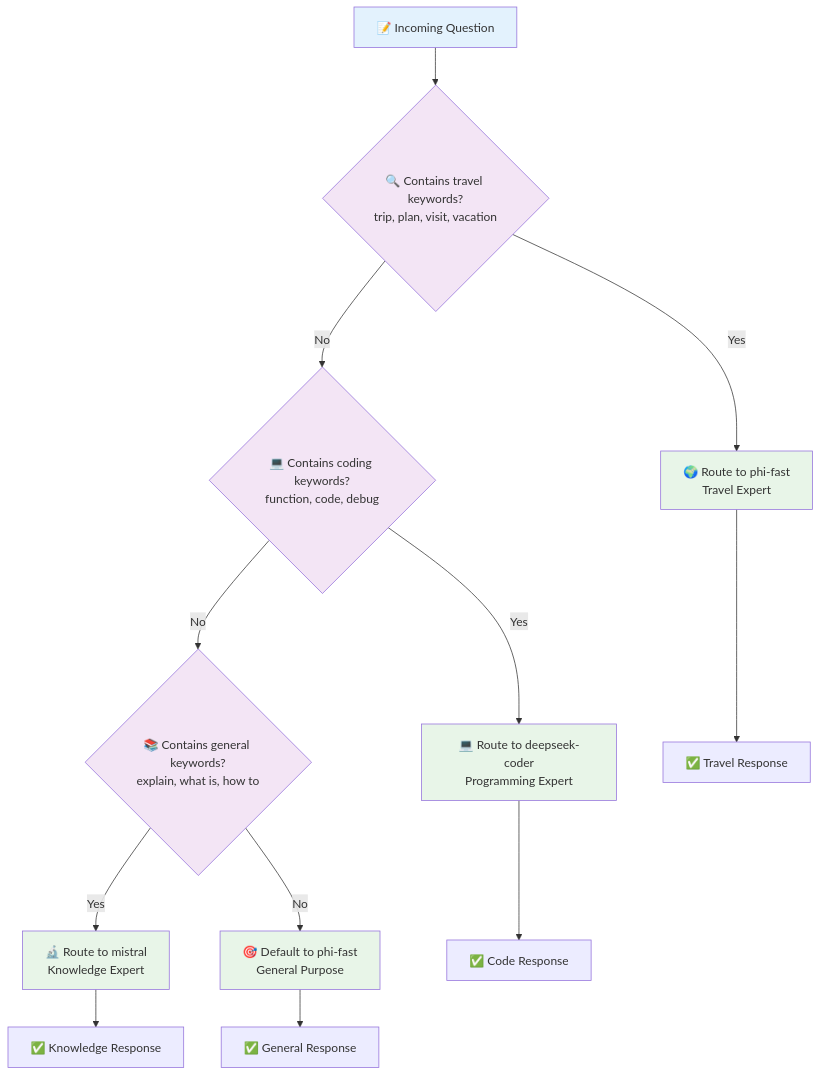
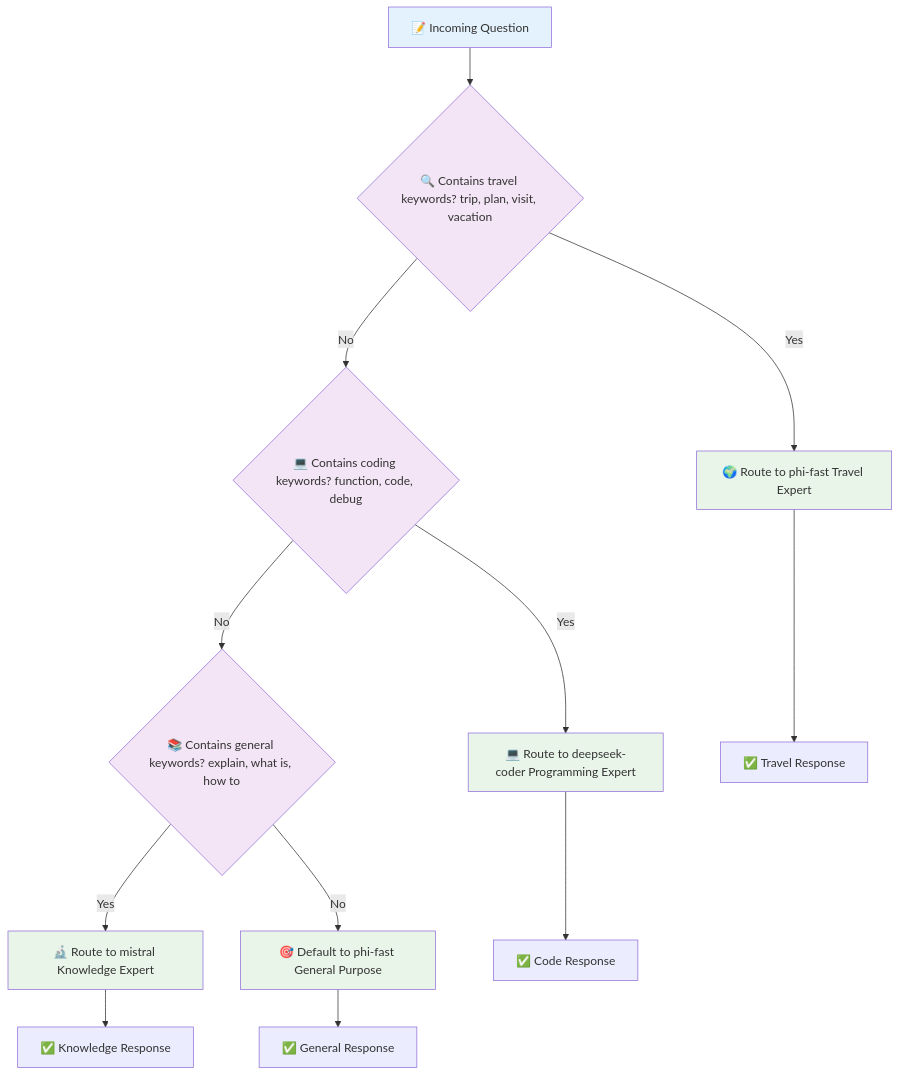
One commit to manikcloud/build-your-own-ai-assistant changed the second of 2 diagrams in hands-on/json-mcp/README.md. Above: the diagram before and after it, drawn with Mermaid. The commit also changed 1 other file, not shown here.

Commit message:
Remove all <br/> tags from Mermaid diagrams
Fixed GitHub Mermaid rendering issues:

🔧 Changes Made:
- Removed all <br/> tags from Mermaid diagram node labels
- Simplified text content to single-line format
- Maintained readability while ensuring GitHub compatibility

📊 Files Fixed:
- hands-on/json-mcp/README.md: Decision tree diagram
- MCP-Theory-Guide.md: All remaining diagrams with br tags

✅ All Mermaid diagrams now render properly on GitHub
✅ No parsing errors or 'Unable to render rich display' messages
✅ Professional appearance maintained across all documentation

````diff
--- a/hands-on/json-mcp/README.md
+++ b/hands-on/json-mcp/README.md
@@ -577,24 +577,24 @@
 ```mermaid
 graph TD
-    A["📝 Incoming Question"] --> B{"🔍 Contains travel keywords?<br/>trip, plan, visit, vacation"}
-    B -->|Yes| C["🌍 Route to phi-fast<br/>Travel Expert"]
-    B -->|No| D{"💻 Contains coding keywords?<br/>function, code, debug"}
-    D -->|Yes| E["💻 Route to deepseek-coder<br/>Programming Expert"]
-    D -->|No| F{"📚 Contains general keywords?<br/>explain, what is, how to"}
-    F -->|Yes| G["🔬 Route to mistral<br/>Knowledge Expert"]
-    F -->|No| H["🎯 Default to phi-fast<br/>General Purpose"]
+    A["📝 Incoming Question"] --> B{"🔍 Contains travel keywords? trip, plan, visit, vacation"}
+    B -->|Yes| C["🌍 Route to phi-fast Travel Expert"]
+    B -->|No| D{"💻 Contains coding keywords? function, code, debug"}
+    D -->|Yes| E["💻 Route to deepseek-coder Programming Expert"]
+    D -->|No| F{"📚 Contains general keywords? explain, what is, how to"}
+    F -->|Yes| G["🔬 Route to mistral Knowledge Expert"]
+    F -->|No| H["🎯 Default to phi-fast General Purpose"]
     
     C --> I["✅ Travel Response"]
     E --> J["✅ Code Response"]
     G --> K["✅ Knowledge Response"]
     H --> L["✅ General Response"]
     
     style A fill:#e3f2fd
     style B fill:#f3e5f5
     style D fill:#f3e5f5
     style F fill:#f3e5f5
     style C fill:#e8f5e8
     style E fill:#e8f5e8
     style G fill:#e8f5e8
     style H fill:#e8f5e8
 ```
````
